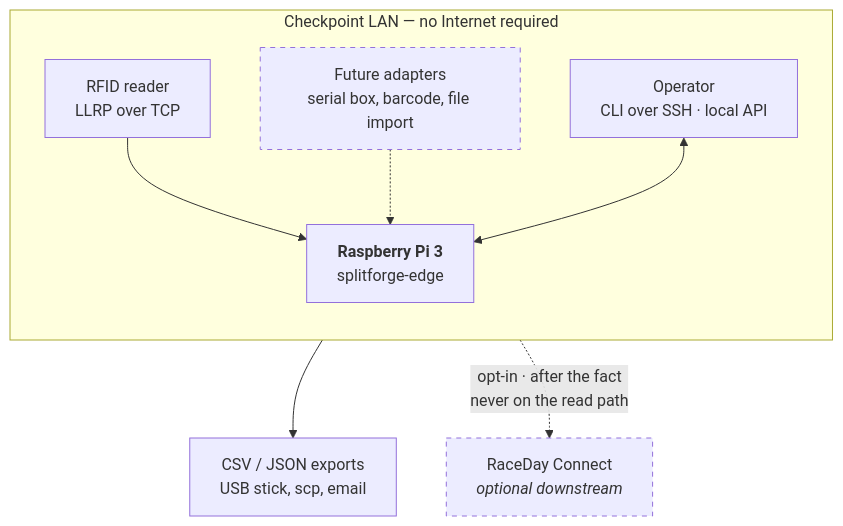
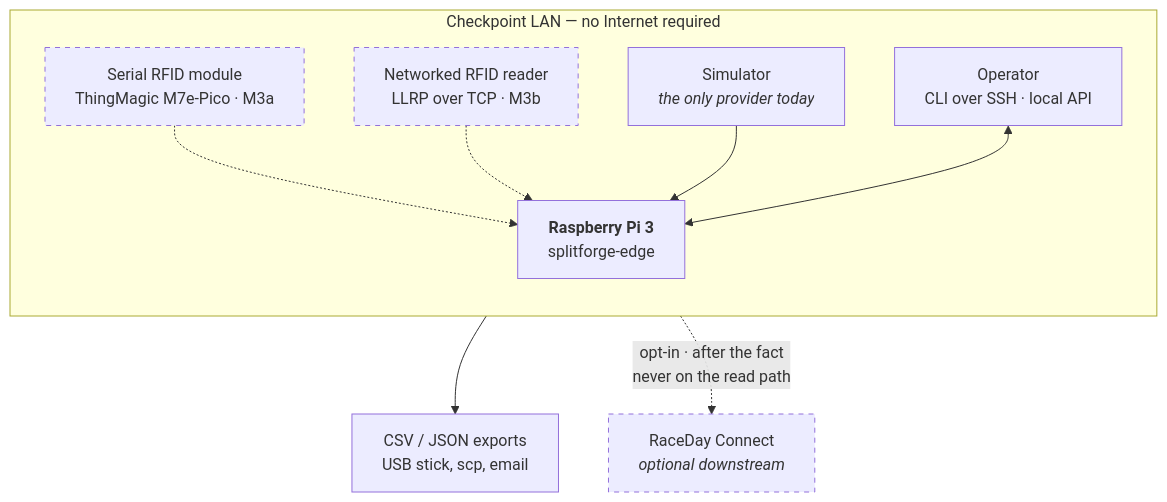
One commit to truppelli/splitforge changed the first of 3 diagrams in docs/architecture.md. Above: the diagram before and after it, drawn with Mermaid. The commit also changed other lines of this file, not shown here.

First line of the commit message:
Make architecture.md describe the code that is actually merged

````diff
--- a/docs/architecture.md
+++ b/docs/architecture.md
@@ -14,22 +17,24 @@
 ```mermaid
 flowchart TB
   subgraph field["Checkpoint LAN — no Internet required"]
     direction TB
-    r1["RFID reader<br/>LLRP over TCP"]
-    r2["Future adapters<br/>serial box, barcode, file import"]
+    r1["Serial RFID module<br/>ThingMagic M7e-Pico · M3a"]
+    r2["Networked RFID reader<br/>LLRP over TCP · M3b"]
+    r3["Simulator<br/><i>the only provider today</i>"]
     pi["<b>Raspberry Pi 3</b><br/>splitforge-edge"]
     op["Operator<br/>CLI over SSH · local API"]
-    r1 --> pi
+    r1 -.-> pi
     r2 -.-> pi
+    r3 --> pi
     op <--> pi
   end
 
   csv["CSV / JSON exports<br/>USB stick, scp, email"]
   rdc["RaceDay Connect<br/><i>optional downstream</i>"]
 
   pi --> csv
   pi -. "opt-in · after the fact<br/>never on the read path" .-> rdc
 
   classDef optional stroke-dasharray: 5 5
-  class rdc,r2 optional
+  class rdc,r1,r2 optional
 ```
````
